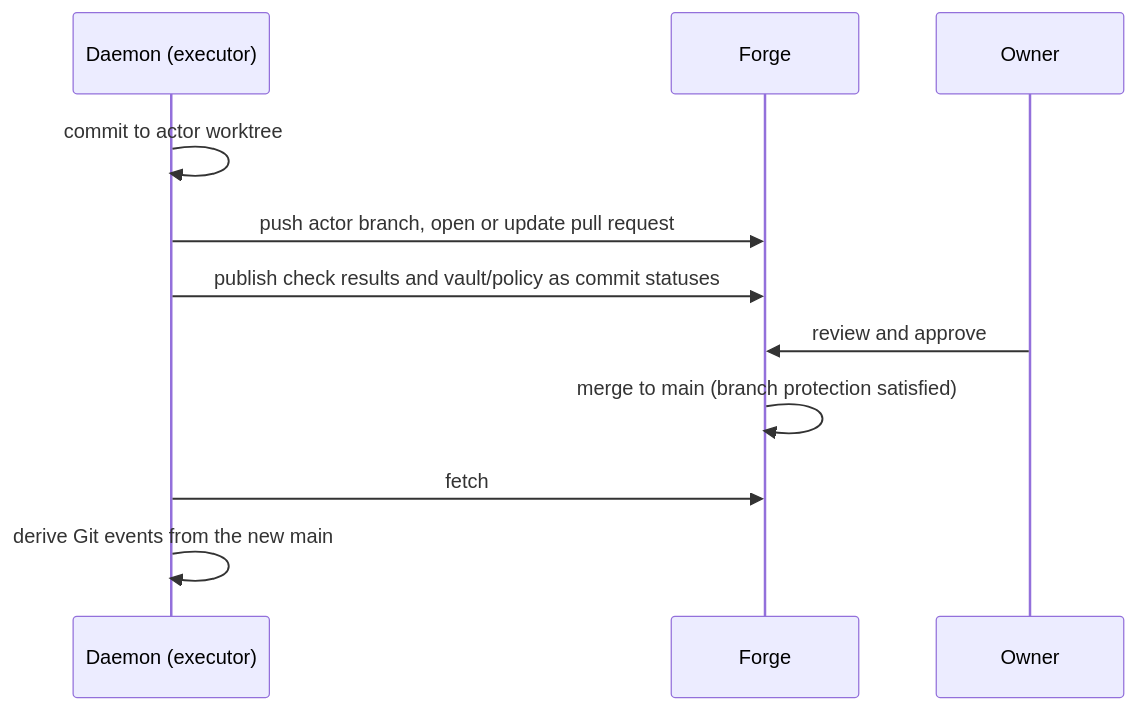
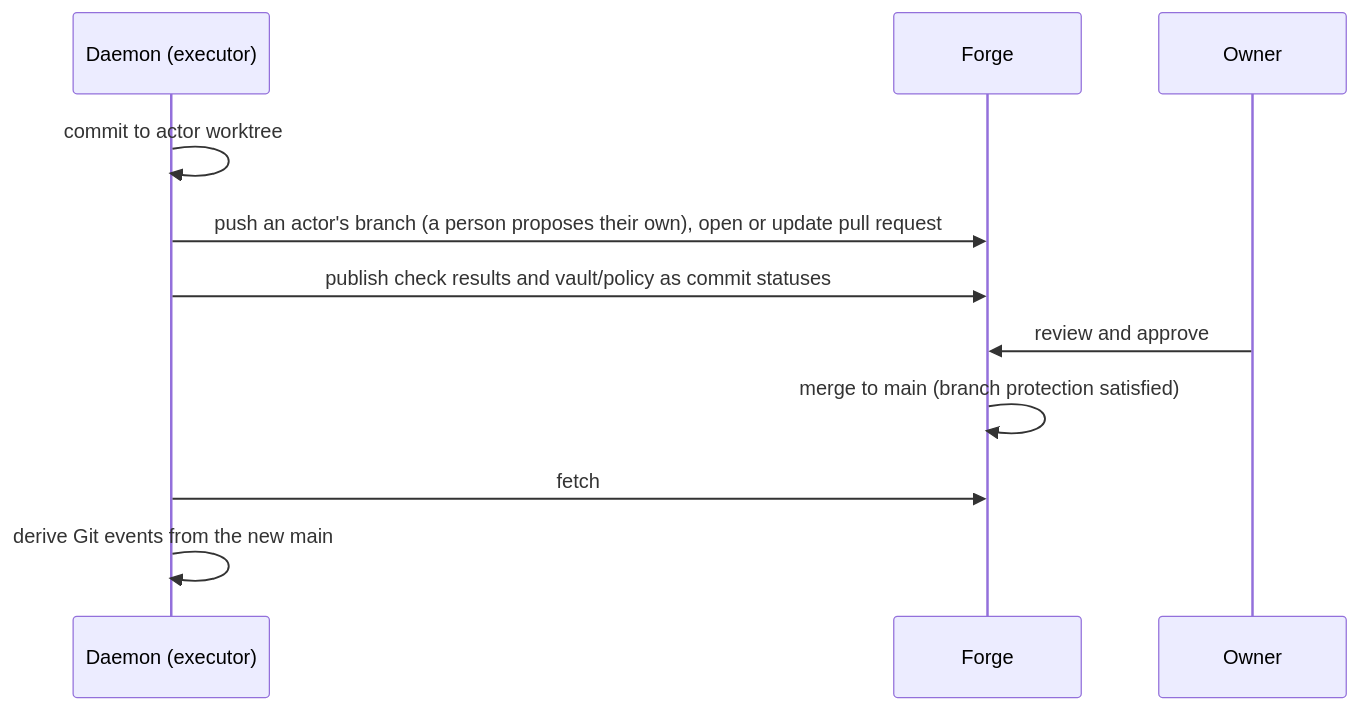
Before and after one commit to jerryjvl/pi-active-vaults: the second of 2 diagrams in docs/architecture.md, drawn with Mermaid. The commit also changed 8 other files, not shown here.

````diff
--- a/docs/architecture.md
+++ b/docs/architecture.md
@@ -210,13 +210,13 @@
 ```mermaid
 sequenceDiagram
   participant D as Daemon (executor)
   participant F as Forge
   participant O as Owner
   D->>D: commit to actor worktree
-  D->>F: push actor branch, open or update pull request
+  D->>F: push an actor's branch (a person proposes their own), open or update pull request
   D->>F: publish check results and vault/policy as commit statuses
   O->>F: review and approve
   F->>F: merge to main (branch protection satisfied)
   D->>F: fetch
   D->>D: derive Git events from the new main
 ```
````
